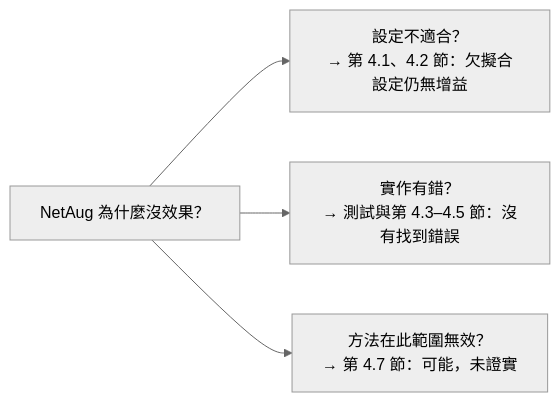
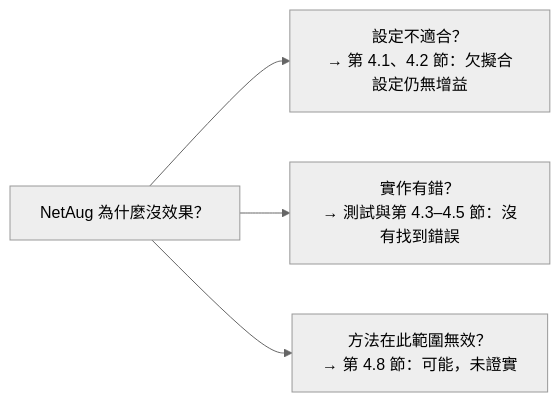
The diagram in docs/experiments.md (YuMingCorn/torchnetaug), drawn with Mermaid (neutral theme) before and after one commit. The commit also changed other lines of this file and 2 other files, not shown here.

````diff
--- a/docs/experiments.md
+++ b/docs/experiments.md
@@ -15,6 +15,6 @@
 ```mermaid
 flowchart LR
     Q["NetAug 為什麼沒效果？"] --> A["設定不適合？<br/>→ 第 4.1、4.2 節：欠擬合設定仍無增益"]
     Q --> B["實作有錯？<br/>→ 測試與第 4.3–4.5 節：沒有找到錯誤"]
-    Q --> C["方法在此範圍無效？<br/>→ 第 4.7 節：可能，未證實"]
+    Q --> C["方法在此範圍無效？<br/>→ 第 4.8 節：可能，未證實"]
 ```
````
